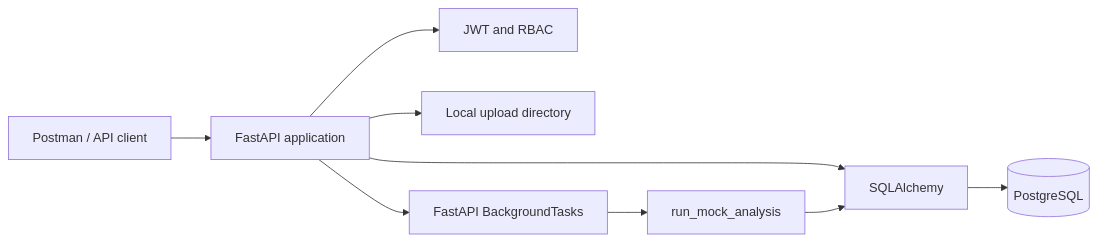
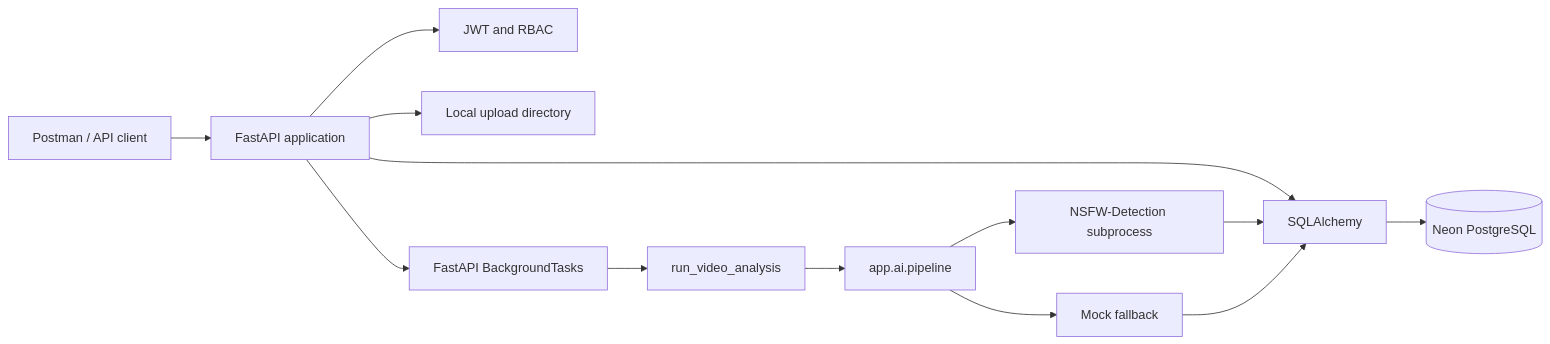
Before and after one commit to GuenNhatKing/Janus.: the diagram in README.md, drawn with Mermaid. The commit also changed other lines of this file and 44 other files, not shown here.

Commit message:
feat: Add NSFW detection module and update project structure

````diff
--- a/README.md
+++ b/README.md
@@ -94,11 +141,15 @@
 ```mermaid
 flowchart LR
     Client[Postman / API client] --> API[FastAPI application]
     API --> Auth[JWT and RBAC]
     API --> ORM[SQLAlchemy]
-    ORM --> DB[(PostgreSQL)]
+    ORM --> DB[(Neon PostgreSQL)]
     API --> Storage[Local upload directory]
     API --> Task[FastAPI BackgroundTasks]
-    Task --> MockAI[run_mock_analysis]
-    MockAI --> ORM
+    Task --> AI[run_video_analysis]
+    AI --> Pipeline[app.ai.pipeline]
+    Pipeline --> NSFW[NSFW-Detection subprocess]
+    Pipeline --> Fallback[Mock fallback]
+    NSFW --> ORM
+    Fallback --> ORM
 ```
````
